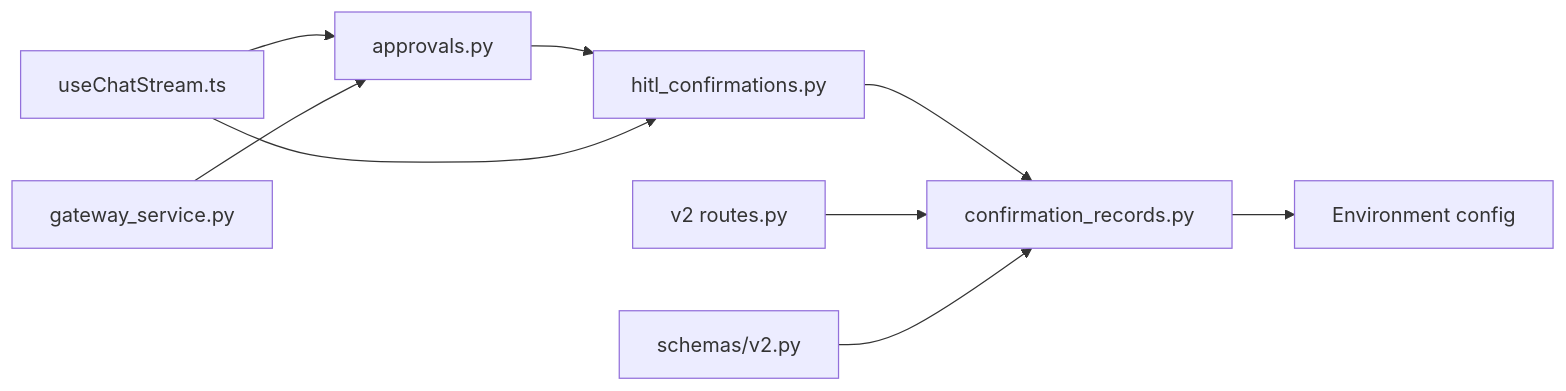
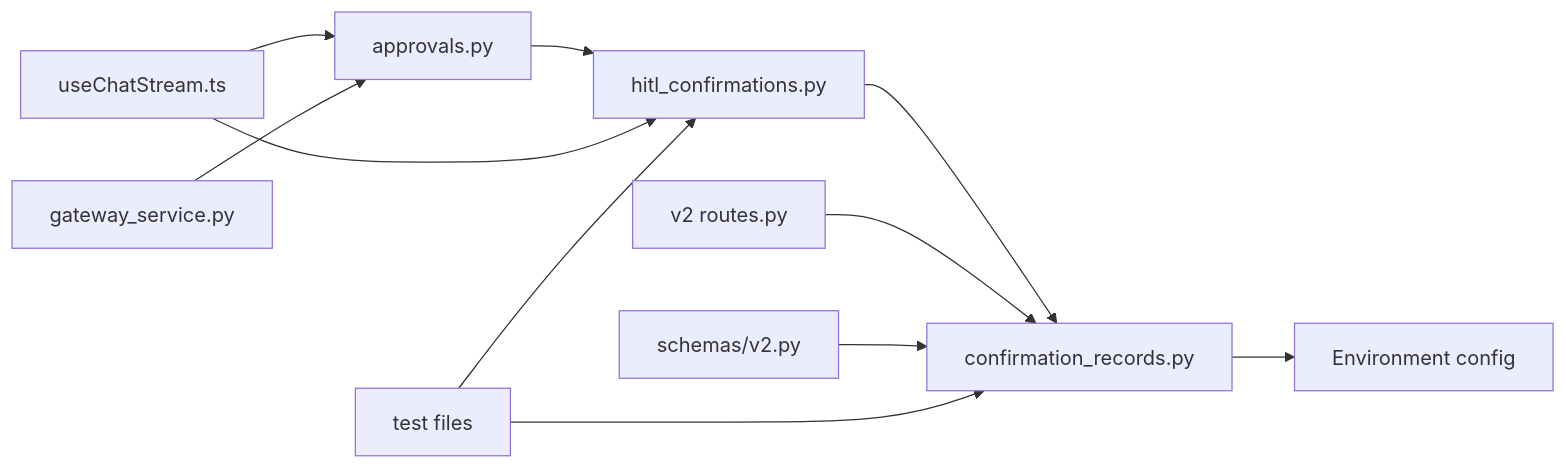
Before and after one commit to metasync/luban-aiops: the seventh of 7 diagrams in .qoder/repowiki/en/content/Architecture Documentation/SPEC-031_ Approval Inbox and Persistent Confirmation Cards.md, drawn with Mermaid. The commit also changed other lines of this file and 6 other files, not shown here.

````diff
--- a/.qoder/repowiki/en/content/Architecture Documentation/SPEC-031_ Approval Inbox and Persistent Confirmation Cards.md
+++ b/.qoder/repowiki/en/content/Architecture Documentation/SPEC-031_ Approval Inbox and Persistent Confirmation Cards.md
@@ -292,11 +307,13 @@
 ```mermaid
 graph LR
 CR["confirmation_records.py"] --> ENV["Environment config"]
 HITL["hitl_confirmations.py"] --> CR
 APPR["approvals.py"] --> HITL
 STREAM["useChatStream.ts"] --> APPR
 STREAM --> HITL
 V2["v2 routes.py"] --> CR
 SCHEMA["schemas/v2.py"] --> CR
 GSVC["gateway_service.py"] --> APPR
+TESTS["test files"] --> CR
+TESTS --> HITL
 ```
````
